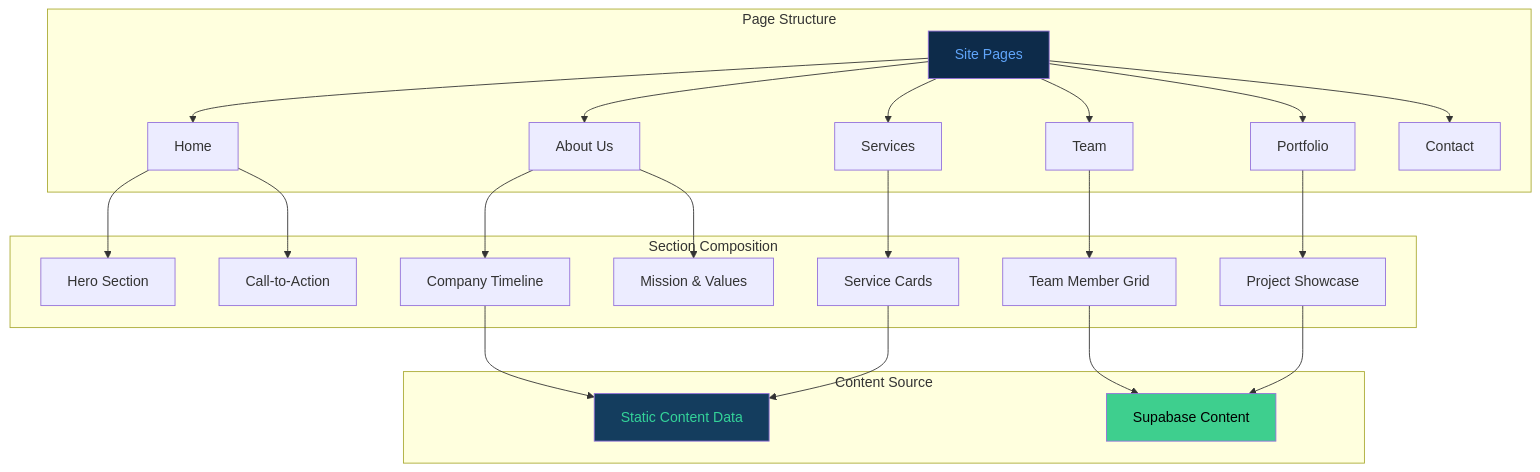
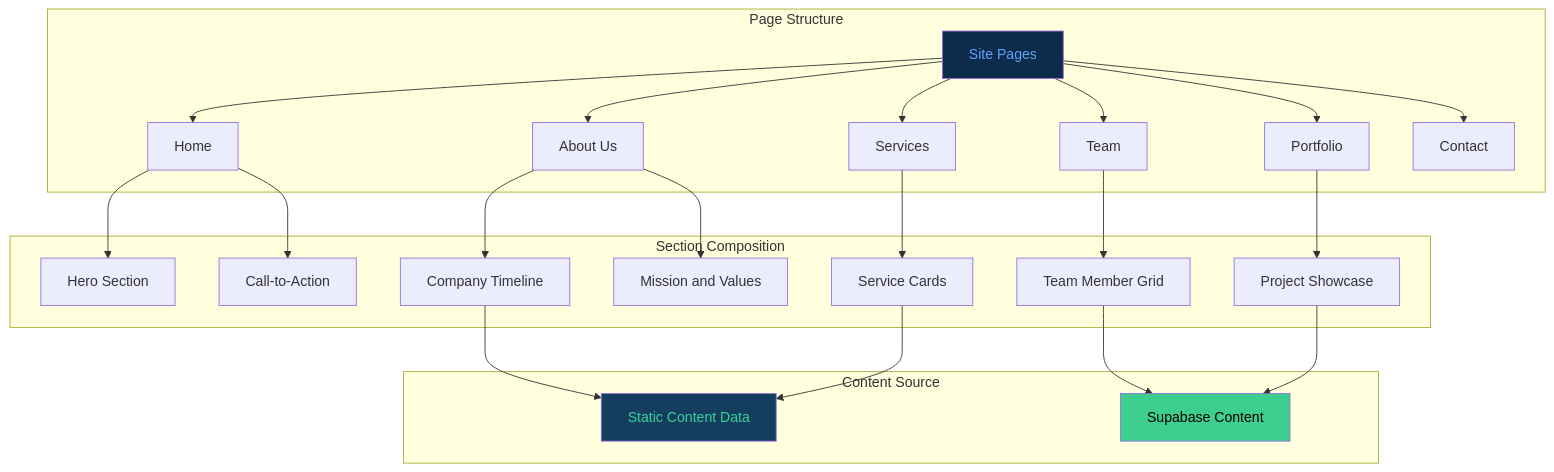
Before and after one commit to mulkymalikuldhrs/yoga-wibawa-mandiri: the second of 3 diagrams in README.md, drawn with Mermaid. The commit also changed other lines of this file and 1 other file, not shown here.

Commit message:
🎨 Upgrade: banner image + fixed Mermaid + animations + flow diagrams

````diff
--- a/README.md
+++ b/README.md
@@ -158,32 +86,32 @@
 ```mermaid
 flowchart TB
-    subgraph "Page Structure"
-        Pages["Site Pages"] --> Home["Home"]
-        Pages --> About["About Us"]
-        Pages --> Services["Services"]
-        Pages --> Team["Team"]
-        Pages --> Portfolio["Portfolio"]
-        Pages --> Contact["Contact"]
+    subgraph Pages["Page Structure"]
+        SitePages["Site Pages"] --> Home["Home"]
+        SitePages --> About["About Us"]
+        SitePages --> Services["Services"]
+        SitePages --> Team["Team"]
+        SitePages --> Portfolio["Portfolio"]
+        SitePages --> Contact["Contact"]
     end
 
-    subgraph "Section Composition"
+    subgraph Sections["Section Composition"]
         Home --> HeroSection["Hero Section"]
         Home --> CTASection["Call-to-Action"]
         About --> Timeline["Company Timeline"]
-        About --> Values["Mission & Values"]
+        About --> Values["Mission and Values"]
         Services --> ServiceCards["Service Cards"]
         Team --> TeamGrid["Team Member Grid"]
         Portfolio --> ProjectShowcase["Project Showcase"]
     end
 
-    subgraph "Content Source"
+    subgraph Content["Content Source"]
         Timeline --> StaticData["Static Content Data"]
         ServiceCards --> StaticData
         TeamGrid --> SupabaseData["Supabase Content"]
         ProjectShowcase --> SupabaseData
     end
 
-    style Pages fill:#0d2b4a,color:#60a5fa
+    style SitePages fill:#0d2b4a,color:#60a5fa
     style StaticData fill:#143d5e,color:#34d399
     style SupabaseData fill:#3ECF8E,color:#000
 ```
````
